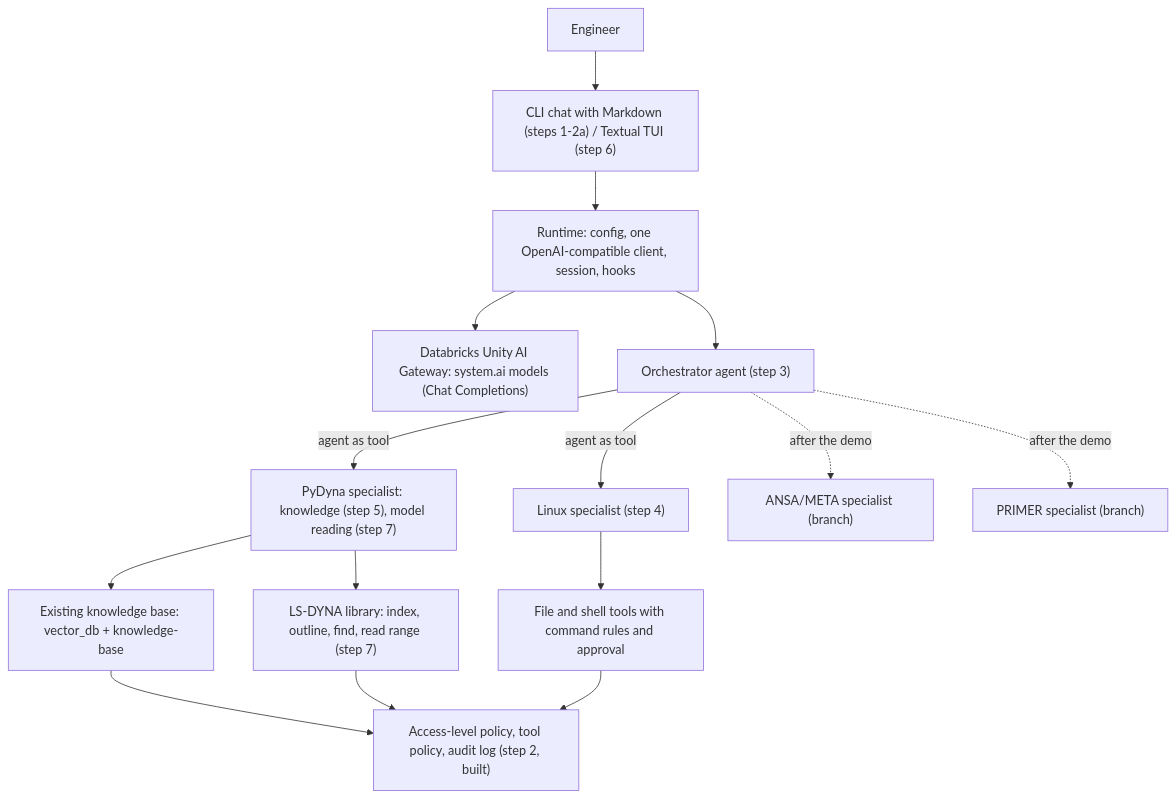
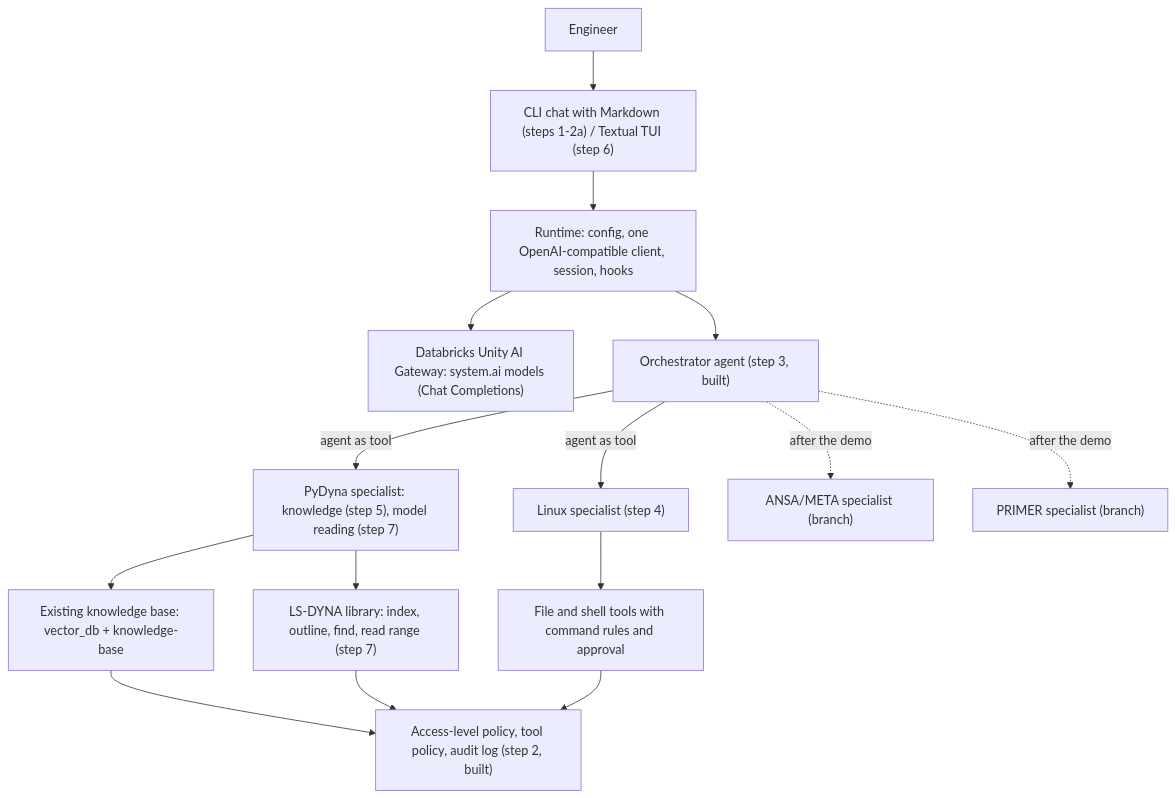
One commit to ManojMalavkar/Champion changed the diagram in docs/REPORT.md. Above: the diagram before and after it, drawn with Mermaid. The commit also changed other lines of this file and 15 other files, not shown here.

````diff
--- a/docs/REPORT.md
+++ b/docs/REPORT.md
@@ -26,15 +26,15 @@
 ```mermaid
 flowchart TD
     U[Engineer] --> UI["CLI chat with Markdown (steps 1-2a) / Textual TUI (step 6)"]
     UI --> RT["Runtime: config, one OpenAI-compatible client, session, hooks"]
     RT --> GW["Databricks Unity AI Gateway: system.ai models (Chat Completions)"]
-    RT --> ORC["Orchestrator agent (step 3)"]
+    RT --> ORC["Orchestrator agent (step 3, built)"]
     ORC -->|agent as tool| LX["Linux specialist (step 4)"]
     ORC -->|agent as tool| PD["PyDyna specialist: knowledge (step 5), model reading (step 7)"]
     ORC -.->|after the demo| AM["ANSA/META specialist (branch)"]
     ORC -.->|after the demo| PR["PRIMER specialist (branch)"]
     PD --> KB["Existing knowledge base: vector_db + knowledge-base"]
     PD --> MF["LS-DYNA library: index, outline, find, read range (step 7)"]
     LX --> SH["File and shell tools with command rules and approval"]
     KB & MF & SH --> POL["Access-level policy, tool policy, audit log (step 2, built)"]
 ```
````
